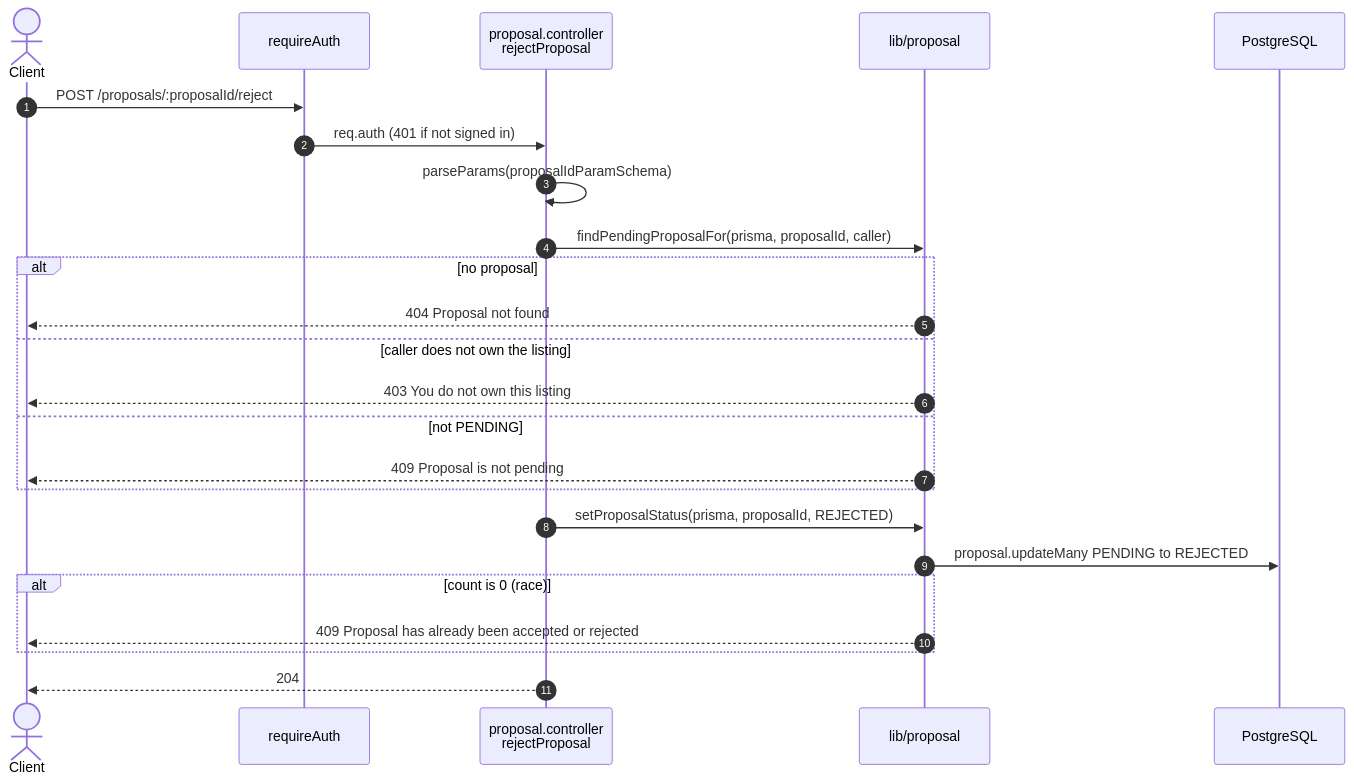
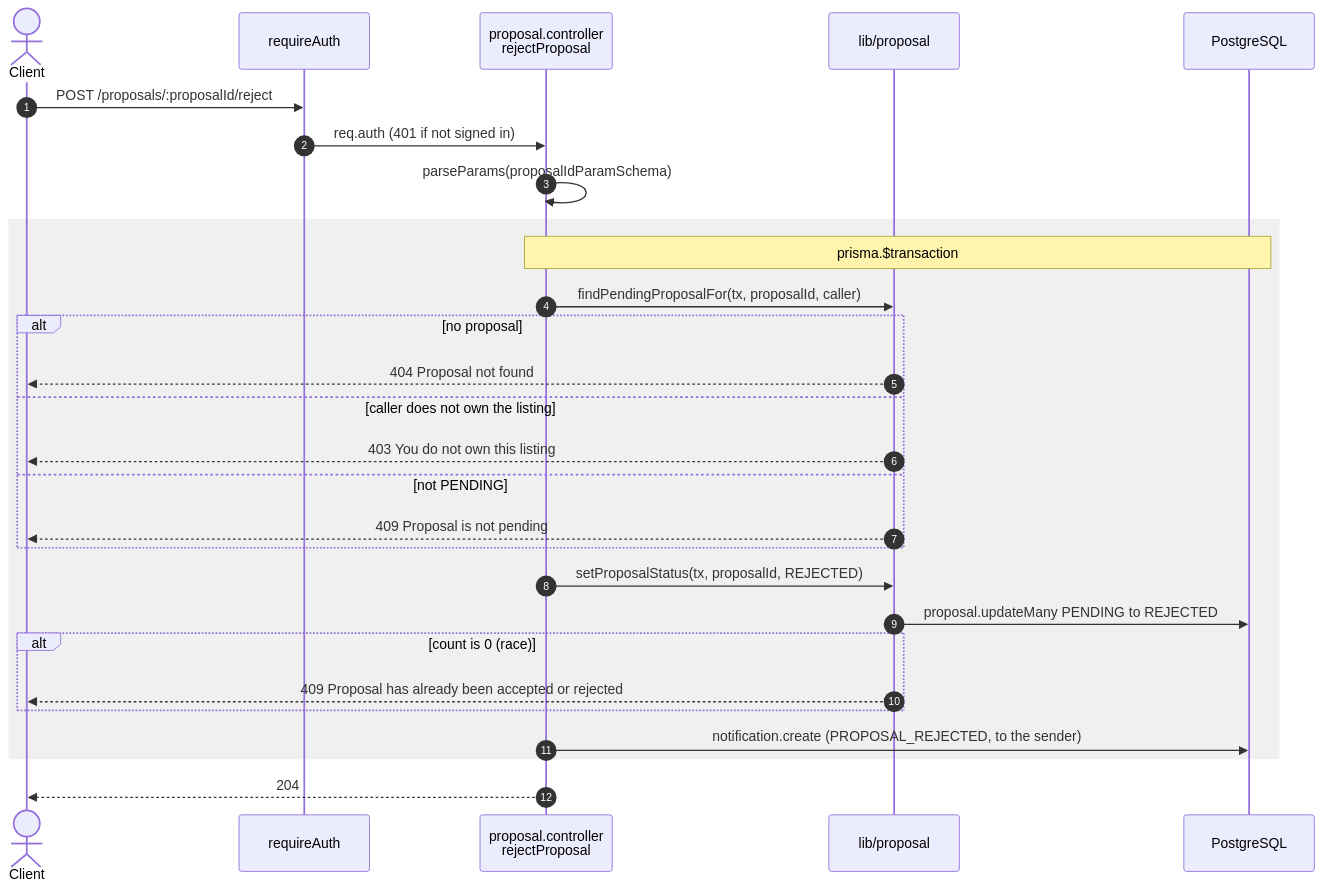
One commit to taofuuu/MangoDB changed the fourth of 4 diagrams in docs/api/proposals.md. Above: the diagram before and after it, drawn with Mermaid. The commit also changed other lines of this file and 9 other files, not shown here.

````diff
--- a/docs/api/proposals.md
+++ b/docs/api/proposals.md
@@ -127,27 +130,31 @@
 ```mermaid
 sequenceDiagram
     autonumber
     actor C as Client
     participant G as requireAuth
     participant Ctl as proposal.controller<br/>rejectProposal
     participant P as lib/proposal
     participant DB as PostgreSQL
 
     C->>G: POST /proposals/:proposalId/reject
     G->>Ctl: req.auth (401 if not signed in)
     Ctl->>Ctl: parseParams(proposalIdParamSchema)
-    Ctl->>P: findPendingProposalFor(prisma, proposalId, caller)
-    alt no proposal
-        P-->>C: 404 Proposal not found
-    else caller does not own the listing
-        P-->>C: 403 You do not own this listing
-    else not PENDING
-        P-->>C: 409 Proposal is not pending
-    end
-    Ctl->>P: setProposalStatus(prisma, proposalId, REJECTED)
-    P->>DB: proposal.updateMany PENDING to REJECTED
-    alt count is 0 (race)
-        P-->>C: 409 Proposal has already been accepted or rejected
+    rect rgba(128, 128, 128, 0.12)
+        Note over Ctl,DB: prisma.$transaction
+        Ctl->>P: findPendingProposalFor(tx, proposalId, caller)
+        alt no proposal
+            P-->>C: 404 Proposal not found
+        else caller does not own the listing
+            P-->>C: 403 You do not own this listing
+        else not PENDING
+            P-->>C: 409 Proposal is not pending
+        end
+        Ctl->>P: setProposalStatus(tx, proposalId, REJECTED)
+        P->>DB: proposal.updateMany PENDING to REJECTED
+        alt count is 0 (race)
+            P-->>C: 409 Proposal has already been accepted or rejected
+        end
+        Ctl->>DB: notification.create (PROPOSAL_REJECTED, to the sender)
     end
     Ctl-->>C: 204
 ```
````
